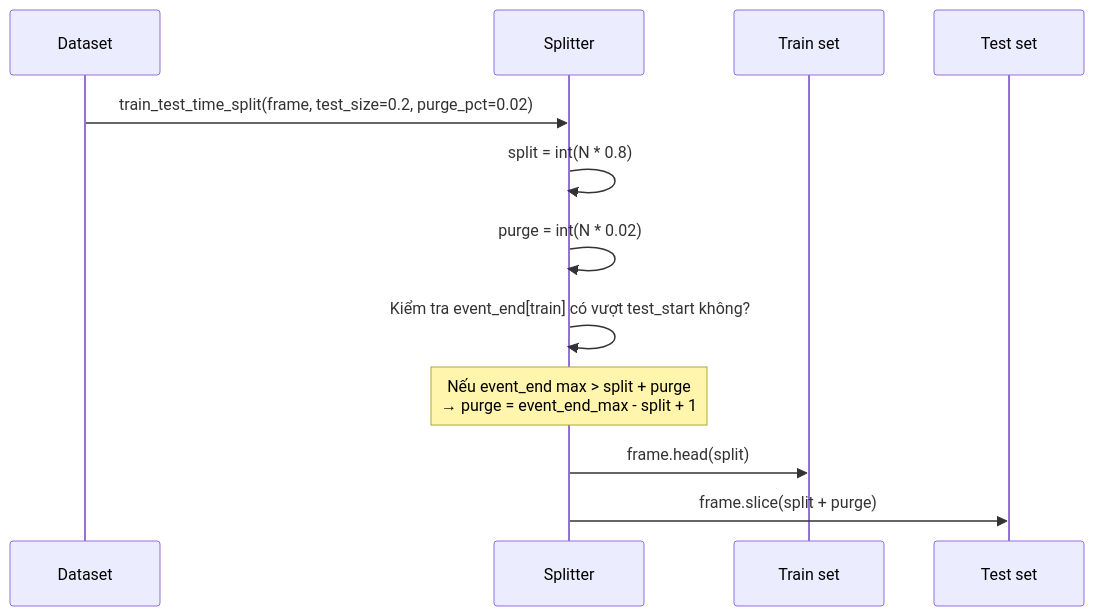
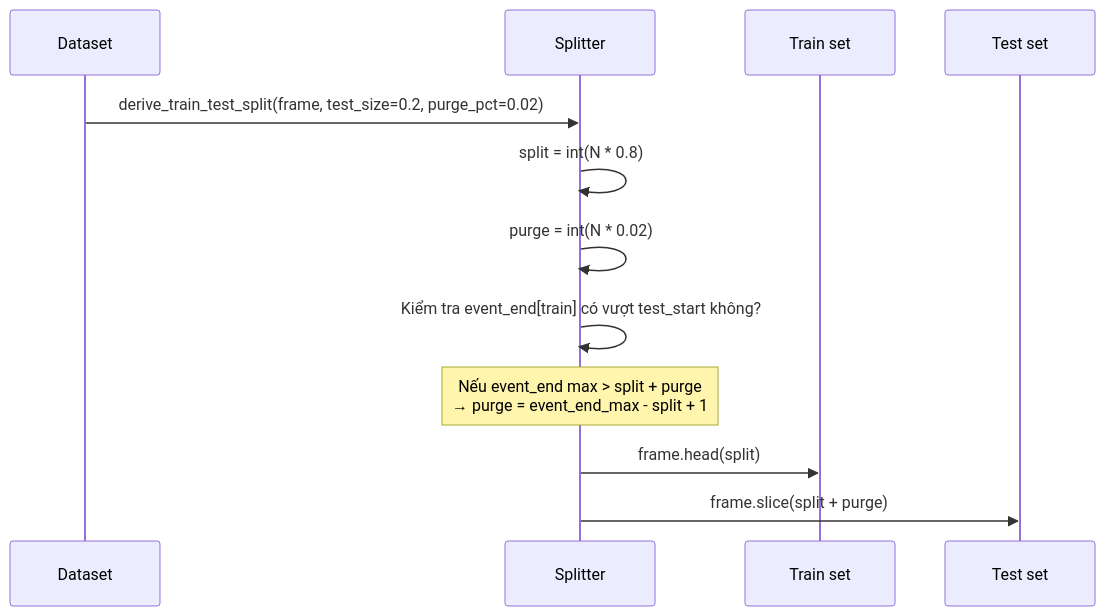
Before and after one commit to ultimateBroK/thesis-compact: the second of 6 diagrams in docs/validation-split.md, drawn with Mermaid. The commit also changed other lines of this file and 7 other files, not shown here.

````diff
--- a/docs/validation-split.md
+++ b/docs/validation-split.md
@@ -31,15 +31,15 @@
 ```mermaid
 sequenceDiagram
     participant D as Dataset
     participant S as Splitter
     participant T as Train set
     participant Ts as Test set
 
-    D->>S: train_test_time_split(frame, test_size=0.2, purge_pct=0.02)
+    D->>S: derive_train_test_split(frame, test_size=0.2, purge_pct=0.02)
     S->>S: split = int(N * 0.8)  # 23,604 rows
     S->>S: purge = int(N * 0.02) # ~590 rows
     S->>S: Kiểm tra event_end[train] có vượt test_start không?
     Note over S: Nếu event_end max > split + purge<br/>→ purge = event_end_max - split + 1
     S->>T: frame.head(split)
     S->>Ts: frame.slice(split + purge)
 ```
````
